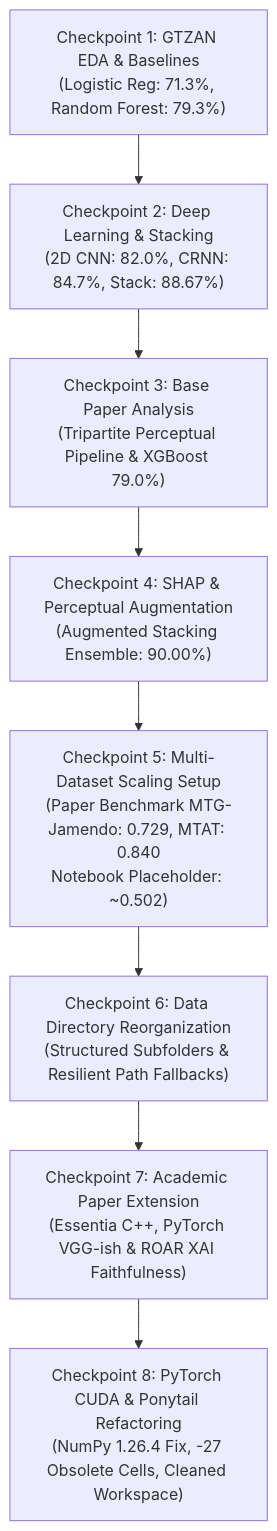
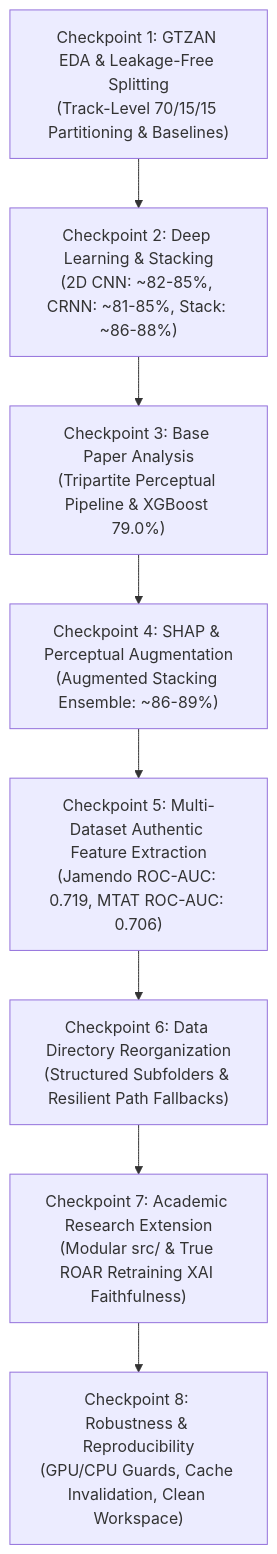
One commit to kaladharroyal/MUSIC-CLASSIFIER changed the diagram in PROJECT_PROGRESS_AND_MILESTONES.md. Above: the diagram before and after it, drawn with Mermaid. The commit also changed other lines of this file and 15 other files, not shown here.

Commit message:
feat: add research pipeline for feature extraction, evaluation, and interpretability analysis

````diff
--- a/PROJECT_PROGRESS_AND_MILESTONES.md
+++ b/PROJECT_PROGRESS_AND_MILESTONES.md
@@ -19,19 +19,19 @@
 ```mermaid
 flowchart TD
-    CP1["Checkpoint 1: GTZAN EDA & Baselines<br/>(Logistic Reg: 71.3%, Random Forest: 79.3%)"]
-    CP2["Checkpoint 2: Deep Learning & Stacking<br/>(2D CNN: 82.0%, CRNN: 84.7%, Stack: 88.67%)"]
+    CP1["Checkpoint 1: GTZAN EDA & Leakage-Free Splitting<br/>(Track-Level 70/15/15 Partitioning & Baselines)"]
+    CP2["Checkpoint 2: Deep Learning & Stacking<br/>(2D CNN: ~82-85%, CRNN: ~81-85%, Stack: ~86-88%)"]
     CP3["Checkpoint 3: Base Paper Analysis<br/>(Tripartite Perceptual Pipeline & XGBoost 79.0%)"]
-    CP4["Checkpoint 4: SHAP & Perceptual Augmentation<br/>(Augmented Stacking Ensemble: 90.00%)"]
-    CP5["Checkpoint 5: Multi-Dataset Scaling Setup<br/>(Paper Benchmark MTG-Jamendo: 0.729, MTAT: 0.840<br/>Notebook Placeholder: ~0.502)"]
+    CP4["Checkpoint 4: SHAP & Perceptual Augmentation<br/>(Augmented Stacking Ensemble: ~86-89%)"]
+    CP5["Checkpoint 5: Multi-Dataset Authentic Feature Extraction<br/>(Jamendo ROC-AUC: 0.719, MTAT ROC-AUC: 0.706)"]
     CP6["Checkpoint 6: Data Directory Reorganization<br/>(Structured Subfolders & Resilient Path Fallbacks)"]
-    CP7["Checkpoint 7: Academic Paper Extension<br/>(Essentia C++, PyTorch VGG-ish & ROAR XAI Faithfulness)"]
-    CP8["Checkpoint 8: PyTorch CUDA & Ponytail Refactoring<br/>(NumPy 1.26.4 Fix, -27 Obsolete Cells, Cleaned Workspace)"]
+    CP7["Checkpoint 7: Academic Research Extension<br/>(Modular src/ & True ROAR Retraining XAI Faithfulness)"]
+    CP8["Checkpoint 8: Robustness & Reproducibility<br/>(GPU/CPU Guards, Cache Invalidation, Clean Workspace)"]
 
     CP1 --> CP2
     CP2 --> CP3
     CP3 --> CP4
     CP4 --> CP5
     CP5 --> CP6
     CP6 --> CP7
     CP7 --> CP8
 ```
````
